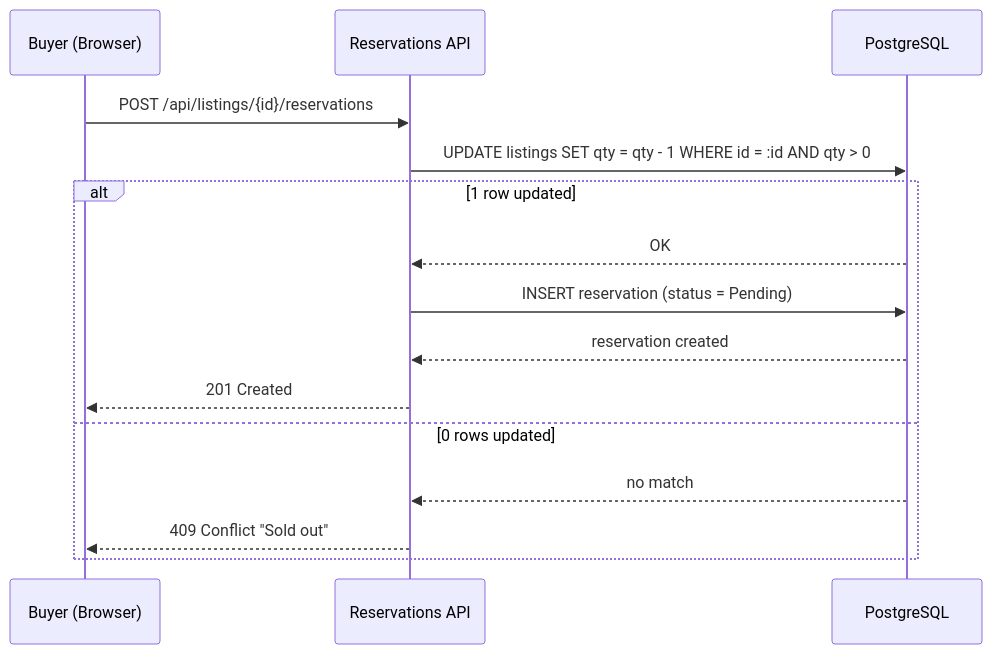
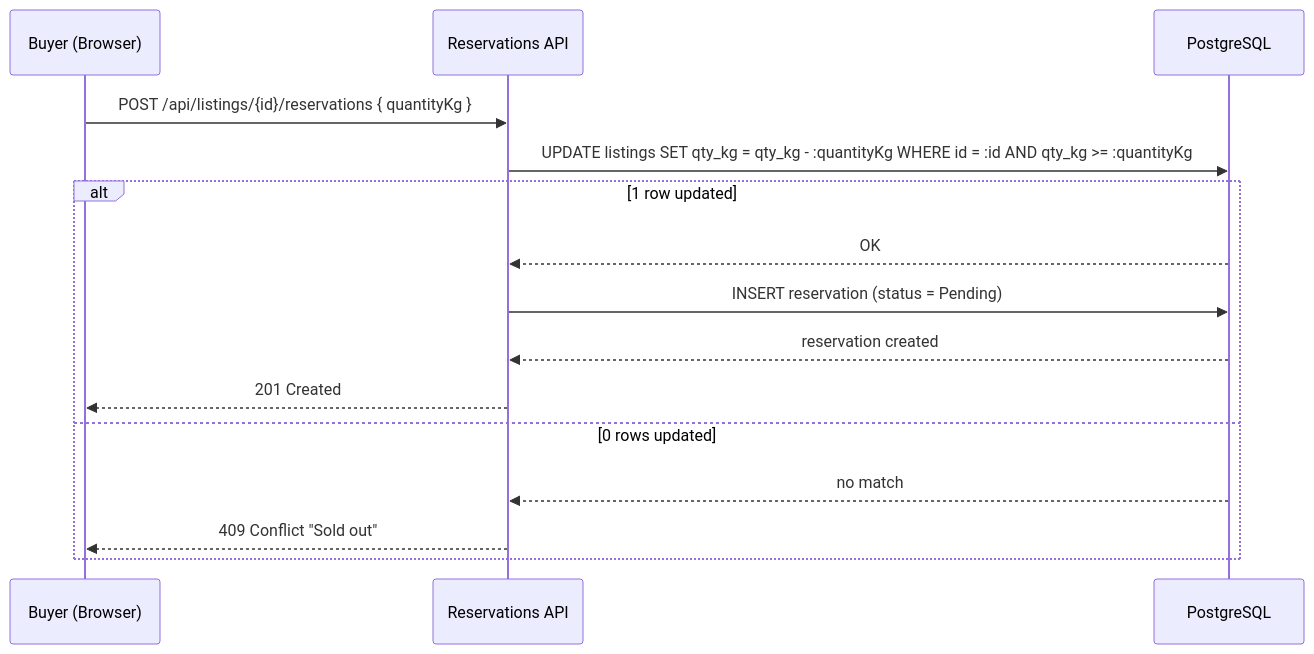
Before and after one commit to Nazarii-Mandiak/BerryMarketplace: the diagram in docs/architecture/reservation-flow.mmd, drawn with Mermaid. The commit also changed 43 other files, not shown here.

```diff
--- a/docs/architecture/reservation-flow.mmd
+++ b/docs/architecture/reservation-flow.mmd
@@ -1,17 +1,17 @@
-%% Berry Exchange — supplementary: "buy a pint" reservation flow (concurrency-critical)
+%% Berry Exchange — supplementary: reservation flow, buying by the kilogram (concurrency-critical)
 sequenceDiagram
     participant Buyer as Buyer (Browser)
     participant API as Reservations API
     participant DB as PostgreSQL
 
-    Buyer->>API: POST /api/listings/{id}/reservations
-    API->>DB: UPDATE listings SET qty = qty - 1 WHERE id = :id AND qty > 0
+    Buyer->>API: POST /api/listings/{id}/reservations { quantityKg }
+    API->>DB: UPDATE listings SET qty_kg = qty_kg - :quantityKg WHERE id = :id AND qty_kg >= :quantityKg
     alt 1 row updated
         DB-->>API: OK
         API->>DB: INSERT reservation (status = Pending)
         DB-->>API: reservation created
         API-->>Buyer: 201 Created
     else 0 rows updated
         DB-->>API: no match
         API-->>Buyer: 409 Conflict "Sold out"
     end
```
